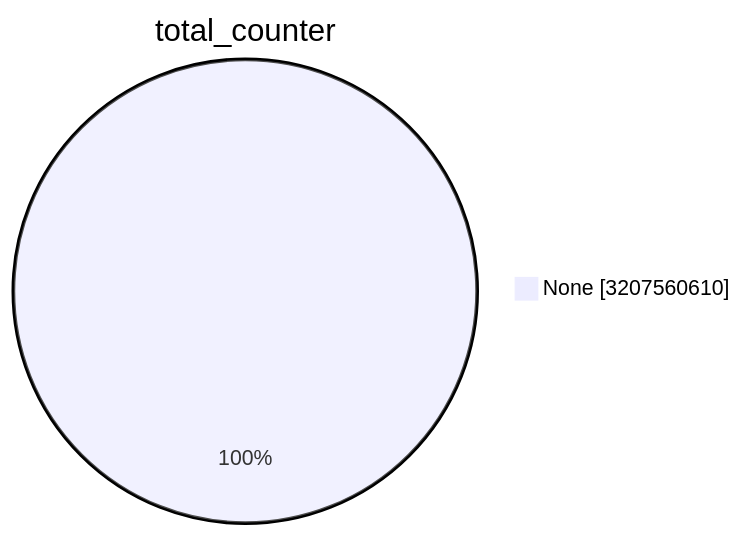
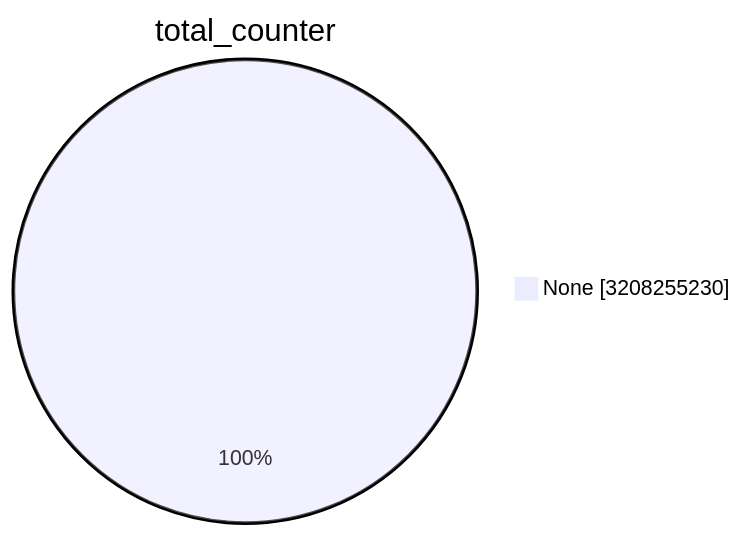
The first of 15 diagrams in TOTAL/README.md (christiankrug/ctmonitor_visualization), drawn with Mermaid before and after one commit. The commit also changed other lines of this file, not shown here.

````diff
--- a/TOTAL/README.md
+++ b/TOTAL/README.md
@@ -1,5 +1,5 @@
 ```mermaid
 pie showData
 title total_counter
-"None" :3207560610
+"None" :3208255230
 ```
````
